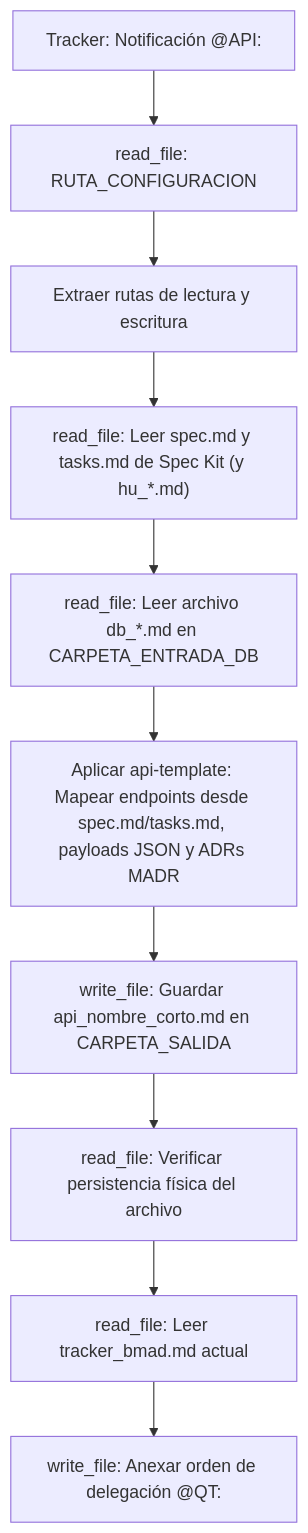
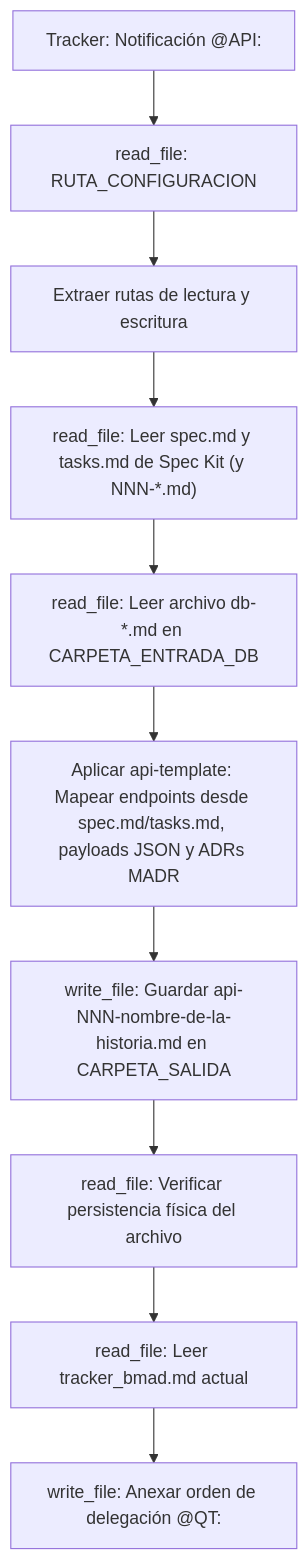
The diagram in api-architect/AGENTS.md (pauloravicaceres/tech-work-hub), drawn with Mermaid before and after one commit. The commit also changed other lines of this file and 397 other files, not shown here.

````diff
--- a/api-architect/AGENTS.md
+++ b/api-architect/AGENTS.md
@@ -55,12 +55,12 @@
 ```mermaid
 flowchart TD
     A["Tracker: Notificación @API:"] --> B["read_file: RUTA_CONFIGURACION"]
     B --> C["Extraer rutas de lectura y escritura"]
-    C --> D["read_file: Leer spec.md y tasks.md de Spec Kit (y hu_*.md)"]
-    D --> E["read_file: Leer archivo db_*.md en CARPETA_ENTRADA_DB"]
+    C --> D["read_file: Leer spec.md y tasks.md de Spec Kit (y NNN-*.md)"]
+    D --> E["read_file: Leer archivo db-*.md en CARPETA_ENTRADA_DB"]
     E --> F["Aplicar api-template: Mapear endpoints desde spec.md/tasks.md, payloads JSON y ADRs MADR"]
-    F --> G["write_file: Guardar api_nombre_corto.md en CARPETA_SALIDA"]
+    F --> G["write_file: Guardar api-NNN-nombre-de-la-historia.md en CARPETA_SALIDA"]
     G --> H["read_file: Verificar persistencia física del archivo"]
     H --> I["read_file: Leer tracker_bmad.md actual"]
     I --> J["write_file: Anexar orden de delegación @QT:"]
 ```
````
